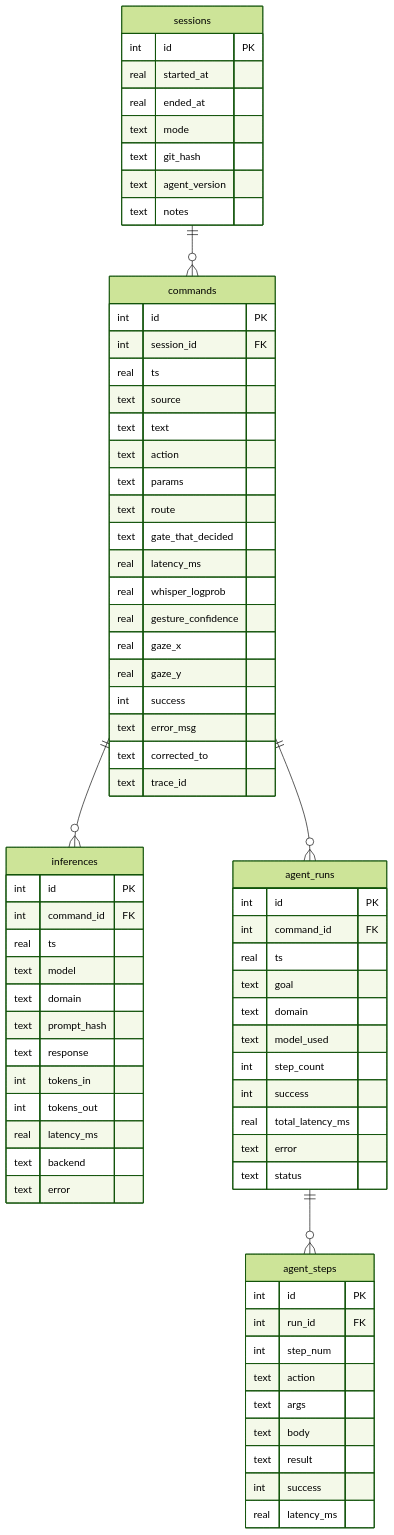
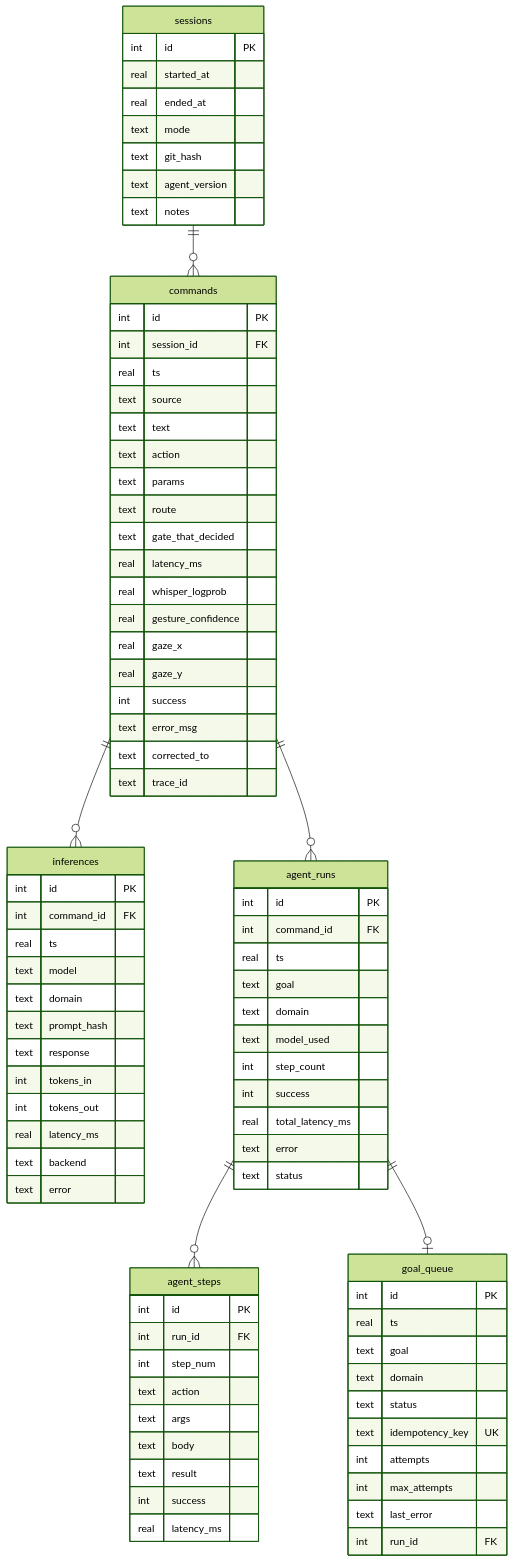
Before and after one commit to Bradly187/Personal-Desktop-Agent: the second of 9 diagrams in docs/architecture/database-design.md, drawn with Mermaid (forest theme). The commit also changed other lines of this file, not shown here.

Commit message:
docs(db): refresh ER diagrams to 30 tables + add goal_queue
The §11 entity-relationship diagrams lagged the live schema: they showed
29 tables and omitted goal_queue (the durable goal backlog from gap D).

- Bump the agent.db table count 29 -> 30 in §10 (legacy-format table) and §11.
- Add goal_queue to the §11.1 relationship overview and §11.2 Group A detail
  diagram with its full column set (id PK, ts, goal, domain, status,
  idempotency_key UK, attempts, max_attempts, last_error, run_id FK) plus the
  agent_runs ||--o| goal_queue relationship.

Matches storage/db.py CREATE TABLE goal_queue exactly. Docs-only; no code change.

````diff
--- a/docs/architecture/database-design.md
+++ b/docs/architecture/database-design.md
@@ -232,6 +233,7 @@
     commands ||--o{ inferences : ""
     commands ||--o{ agent_runs : ""
     agent_runs ||--o{ agent_steps : ""
+    agent_runs ||--o| goal_queue : ""
     sessions {
         int id PK
         real started_at
@@ -299,4 +301,16 @@
         int success
         real latency_ms
     }
+    goal_queue {
+        int id PK
+        real ts
+        text goal
+        text domain
+        text status
+        text idempotency_key UK
+        int attempts
+        int max_attempts
+        text last_error
+        int run_id FK
+    }
 ```
````
